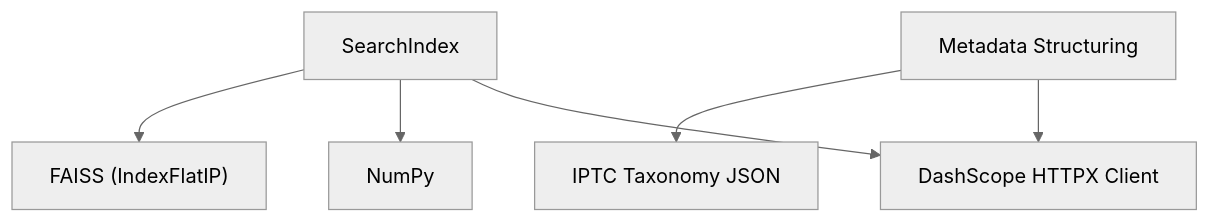
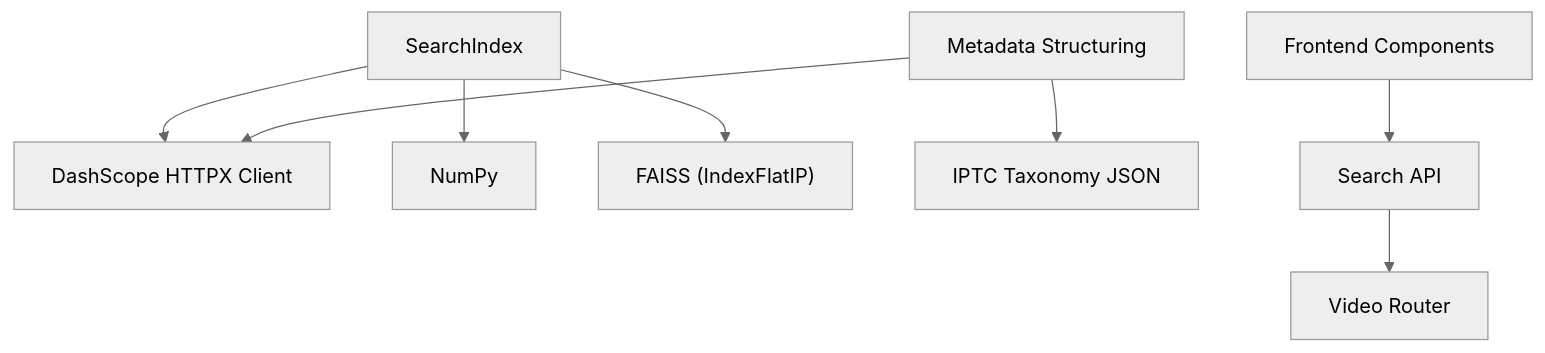
Before and after one commit to alexandreybasta-cyber/dubai-media-ai: the ninth of 9 diagrams in .qoder/repowiki/en/content/Intelligent Search System.md, drawn with Mermaid (neutral theme). The commit also changed other lines of this file and 54 other files, not shown here.

````diff
--- a/.qoder/repowiki/en/content/Intelligent Search System.md
+++ b/.qoder/repowiki/en/content/Intelligent Search System.md
@@ -271,8 +331,10 @@
 ```mermaid
 graph TB
 SI["SearchIndex"] --> DS["DashScope HTTPX Client"]
 SI --> NP["NumPy"]
 SI --> FAISS["FAISS (IndexFlatIP)"]
 MS["Metadata Structuring"] --> DS
 MS --> Tax["IPTC Taxonomy JSON"]
+FD["Frontend Components"] --> API["Search API"]
+API --> RT["Video Router"]
 ```
````
